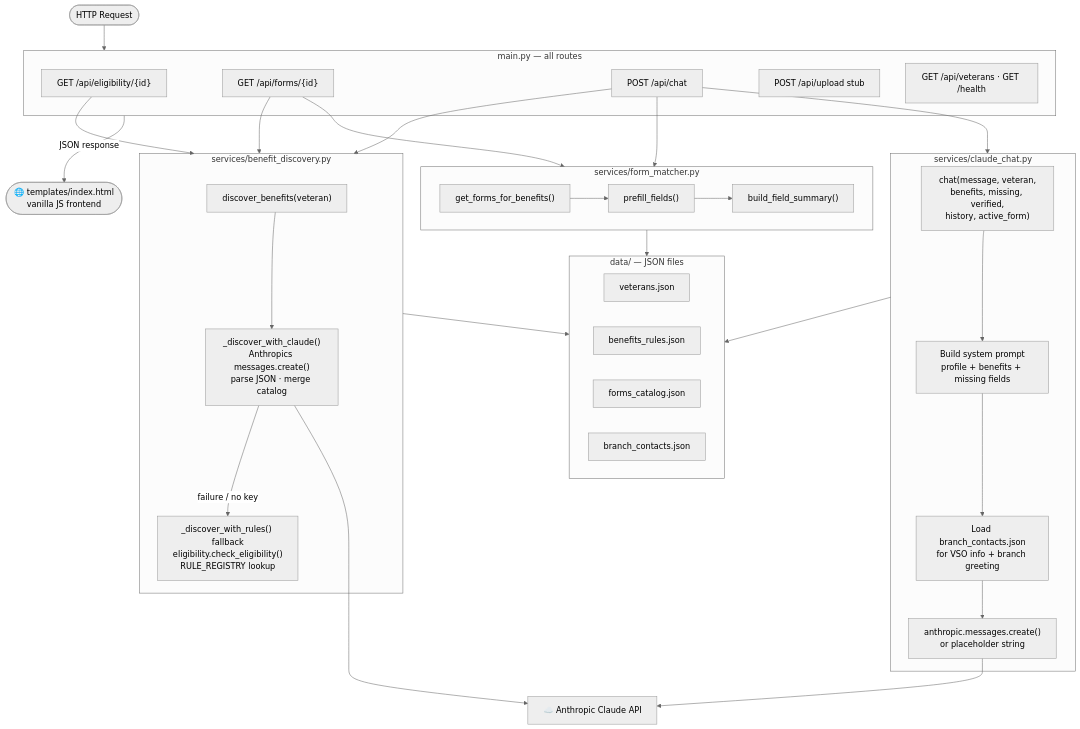
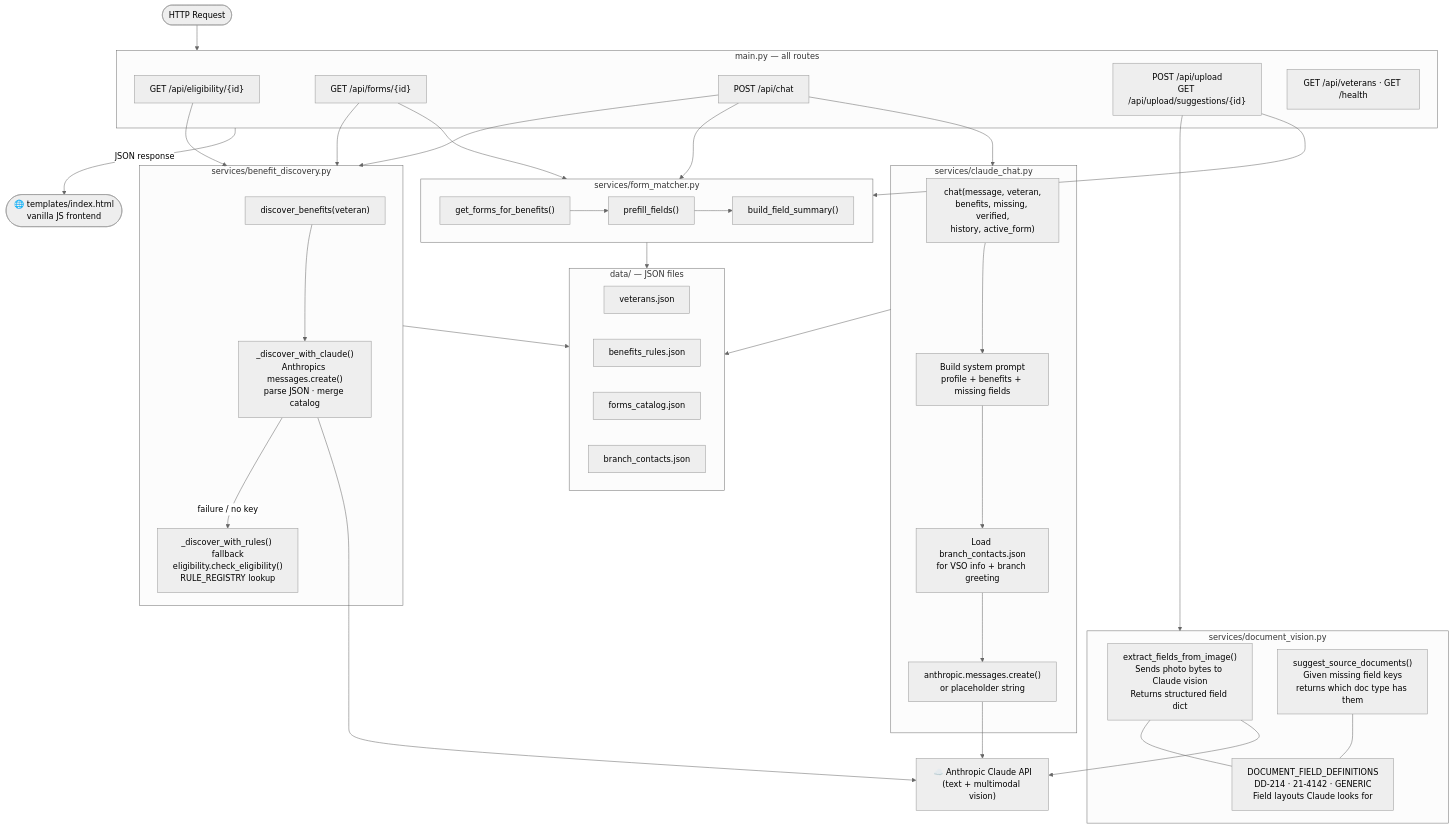
Before and after one commit to akaseahawk/VetAssist: the seventh of 8 diagrams in README.md, drawn with Mermaid (neutral theme). The commit also changed other lines of this file and 4 other files, not shown here.

Commit message:
docs: document photo-to-prefill story — add to all READMEs, diagrams, and service maps

````diff
--- a/README.md
+++ b/README.md
@@ -285,60 +300,71 @@
 ```mermaid
 flowchart TD
     REQ([HTTP Request]) --> MAIN
 
     subgraph MAIN["main.py — all routes"]
         R1["GET /api/eligibility/{id}"]
         R2["GET /api/forms/{id}"]
         R3["POST /api/chat"]
-        R4["POST /api/upload stub"]
+        R4["POST /api/upload\nGET /api/upload/suggestions/{id}"]
         R5["GET /api/veterans · GET /health"]
     end
 
     R1 --> BD
     R2 --> BD
     R3 --> BD
+    R4 --> DV
+    R4 --> FM
+
+    subgraph DV["services/document_vision.py"]
+        DV1["extract_fields_from_image()\nSends photo bytes to Claude vision\nReturns structured field dict"]
+        DV2["suggest_source_documents()\nGiven missing field keys\nreturns which doc type has them"]
+        DV3["DOCUMENT_FIELD_DEFINITIONS\nDD-214 · 21-4142 · GENERIC\nField layouts Claude looks for"]
+        DV1 --- DV3
+        DV2 --- DV3
+    end
 
     subgraph BD["services/benefit_discovery.py"]
         BD1["discover_benefits(veteran)"]
         BD2["_discover_with_claude()\nAnthropics messages.create()\nparse JSON · merge catalog"]
         BD3["_discover_with_rules() fallback\neligibility.check_eligibility()\nRULE_REGISTRY lookup"]
         BD1 --> BD2
         BD2 -->|"failure / no key"| BD3
     end
 
     R2 --> FM
     R3 --> FM
 
     subgraph FM["services/form_matcher.py"]
         FM1["get_forms_for_benefits()"]
         FM2["prefill_fields()"]
         FM3["build_field_summary()"]
         FM1 --> FM2 --> FM3
     end
 
     R3 --> CC
 
     subgraph CC["services/claude_chat.py"]
         CC1["chat(message, veteran,\nbenefits, missing, verified,\nhistory, active_form)"]
         CC2["Build system prompt\nprofile + benefits + missing fields"]
         CC3["Load branch_contacts.json\nfor VSO info + branch greeting"]
         CC4["anthropic.messages.create()\nor placeholder string"]
         CC1 --> CC2 --> CC3 --> CC4
     end
 
     BD --> DATA
     FM --> DATA
     CC --> DATA
 
     subgraph DATA["data/ — JSON files"]
         D1[veterans.json]
         D2[benefits_rules.json]
         D3[forms_catalog.json]
         D4[branch_contacts.json]
     end
 
-    BD2 --> ANTHROPIC["☁️ Anthropic Claude API"]
+    BD2 --> ANTHROPIC["☁️ Anthropic Claude API\n(text + multimodal vision)"]
     CC4 --> ANTHROPIC
+    DV1 --> ANTHROPIC
 
     MAIN -->|JSON response| FE(["🌐 templates/index.html\nvanilla JS frontend"])
 ```
````
